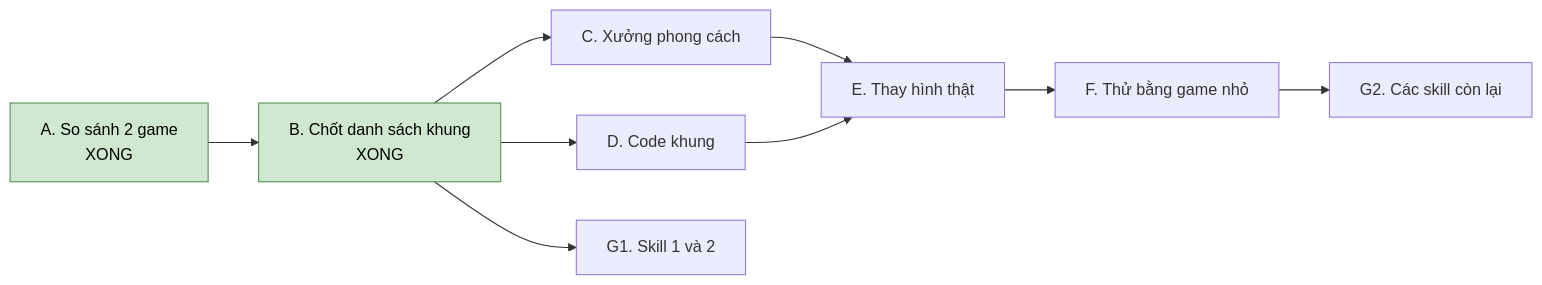
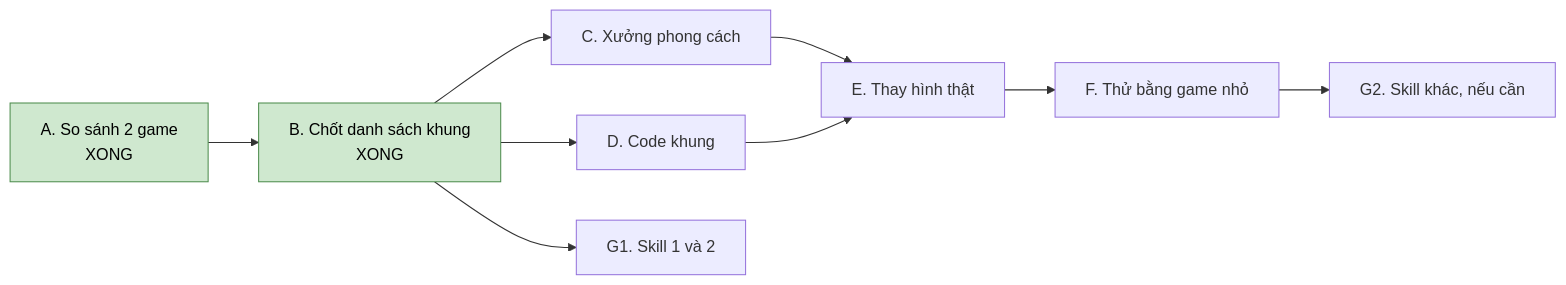
The second of 2 diagrams in docs/PLAN.md (diptszyx/game-skills), drawn with Mermaid before and after one commit. The commit also changed other lines of this file, not shown here.

````diff
--- a/docs/PLAN.md
+++ b/docs/PLAN.md
@@ -59,13 +55,13 @@
 ```mermaid
 flowchart LR
   A["A. So sánh 2 game<br/>XONG"] --> B["B. Chốt danh sách khung<br/>XONG"]
   B --> C["C. Xưởng phong cách"]
   B --> D["D. Code khung"]
   B --> G1["G1. Skill 1 và 2"]
   C --> E["E. Thay hình thật"]
   D --> E
   E --> F["F. Thử bằng game nhỏ"]
-  F --> G2["G2. Các skill còn lại"]
+  F --> G2["G2. Skill khác, nếu cần"]
   classDef done fill:#cfe8cf,stroke:#4a8a4a,color:#000
   class A,B done
 ```
````
